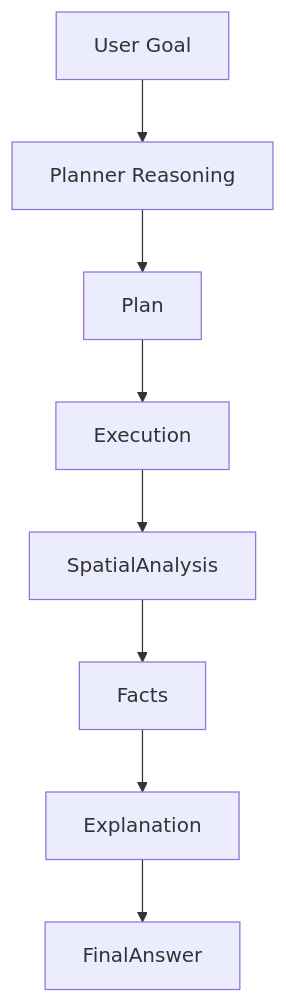
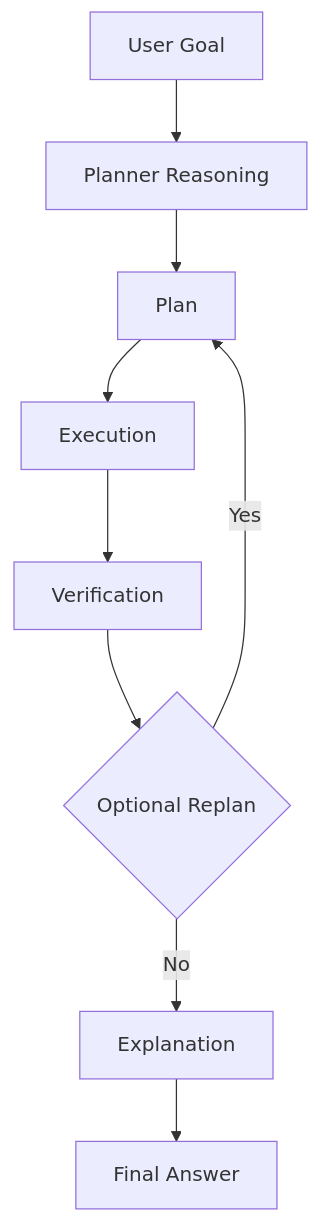
One commit to juaquicar/GeoAgents changed diagram 16 of 16 in docs/diagrams.md. Above: the diagram before and after it, drawn with Mermaid. The commit also changed other lines of this file and 12 other files, not shown here.

````diff
--- a/docs/diagrams.md
+++ b/docs/diagrams.md
@@ -324,19 +395,13 @@
 ```mermaid
 flowchart TD
 
 Goal[User Goal]
-
 Goal --> Reasoning[Planner Reasoning]
-
-Reasoning --> Plan
-
-Plan --> Execution
-
-Execution --> SpatialAnalysis
-
-SpatialAnalysis --> Facts
-
-Facts --> Explanation
-
-Explanation --> FinalAnswer
+Reasoning --> Plan[Plan]
+Plan --> Execution[Execution]
+Execution --> Verification[Verification]
+Verification --> Replan{Optional Replan}
+Replan -->|Yes| Plan
+Replan -->|No| Explanation[Explanation]
+Explanation --> FinalAnswer[Final Answer]
 ```
````
